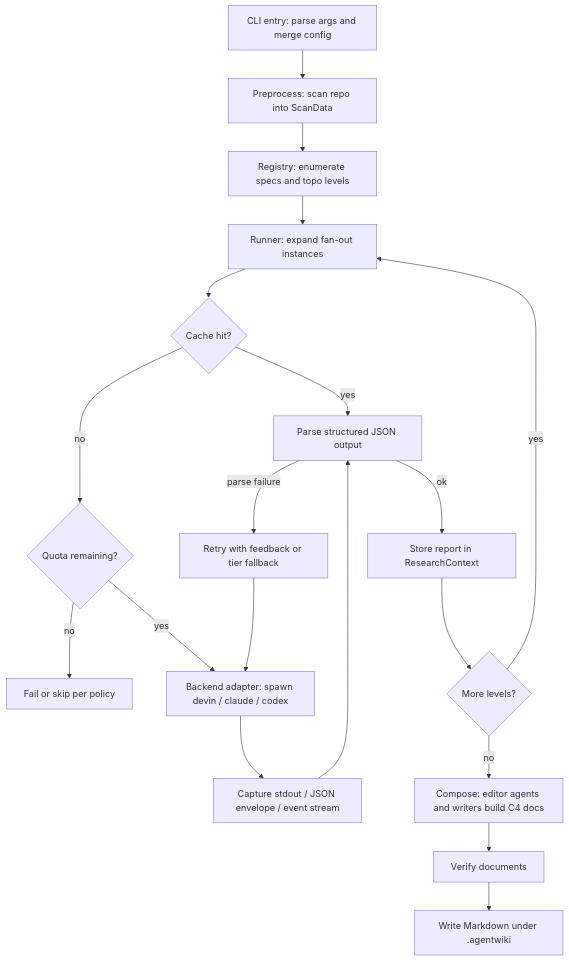
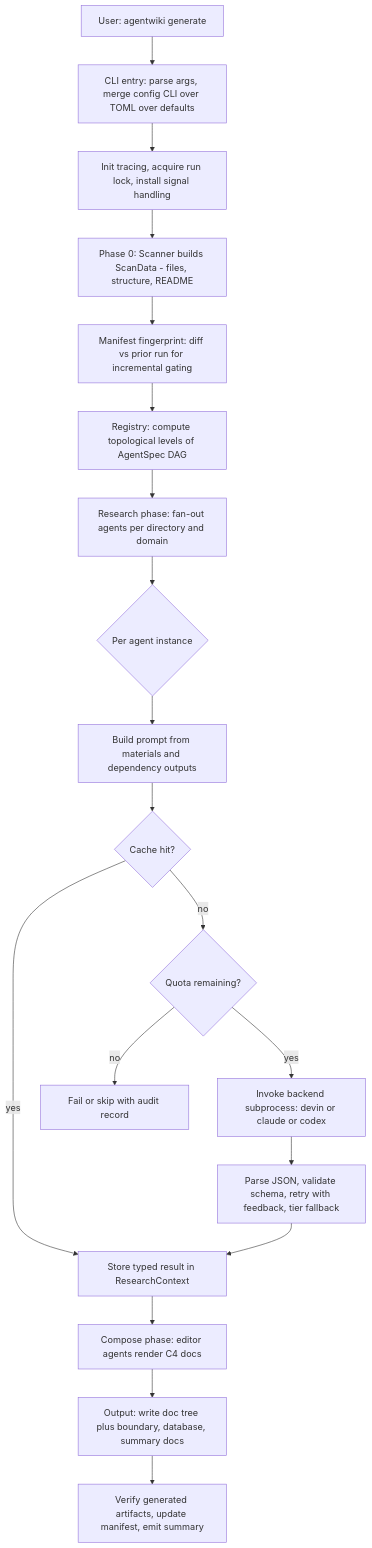
Before and after one commit to tidusvn05/agentwiki: the third of 7 diagrams in docs/en/2.Architecture.md, drawn with Mermaid. The commit also changed other lines of this file and 41 other files, not shown here.

````diff
--- a/docs/en/2.Architecture.md
+++ b/docs/en/2.Architecture.md
@@ -283,21 +366,21 @@
 ```mermaid
 flowchart TD
-    A[CLI entry: parse args and merge config] --> B[Preprocess: scan repo into ScanData]
-    B --> C[Registry: enumerate specs and topo levels]
-    C --> D[Runner: expand fan-out instances]
-    D --> E{Cache hit?}
-    E -->|yes| H[Parse structured JSON output]
-    E -->|no| F{Quota remaining?}
-    F -->|no| F1[Fail or skip per policy]
-    F -->|yes| G[Backend adapter: spawn devin / claude / codex]
-    G --> G1[Capture stdout / JSON envelope / event stream]
-    G1 --> H
-    H -->|parse failure| I[Retry with feedback or tier fallback]
-    I --> G
-    H -->|ok| J[Store report in ResearchContext]
-    J --> K{More levels?}
-    K -->|yes| D
-    K -->|no| L[Compose: editor agents and writers build C4 docs]
-    L --> M[Verify documents]
-    M --> N[Write Markdown under .agentwiki]
+    A[User: agentwiki generate] --> B[CLI entry: parse args, merge config CLI over TOML over defaults]
+    B --> C[Init tracing, acquire run lock, install signal handling]
+    C --> D[Phase 0: Scanner builds ScanData - files, structure, README]
+    D --> E[Manifest fingerprint: diff vs prior run for incremental gating]
+    E --> F[Registry: compute topological levels of AgentSpec DAG]
+    F --> G[Research phase: fan-out agents per directory and domain]
+    G --> H{Per agent instance}
+    H --> H1[Build prompt from materials and dependency outputs]
+    H1 --> H2{Cache hit?}
+    H2 -- yes --> H5[Store typed result in ResearchContext]
+    H2 -- no --> H3{Quota remaining?}
+    H3 -- no --> HX[Fail or skip with audit record]
+    H3 -- yes --> H4[Invoke backend subprocess: devin or claude or codex]
+    H4 --> H6[Parse JSON, validate schema, retry with feedback, tier fallback]
+    H6 --> H5
+    H5 --> I[Compose phase: editor agents render C4 docs]
+    I --> J[Output: write doc tree plus boundary, database, summary docs]
+    J --> K[Verify generated artifacts, update manifest, emit summary]
 ```
````
